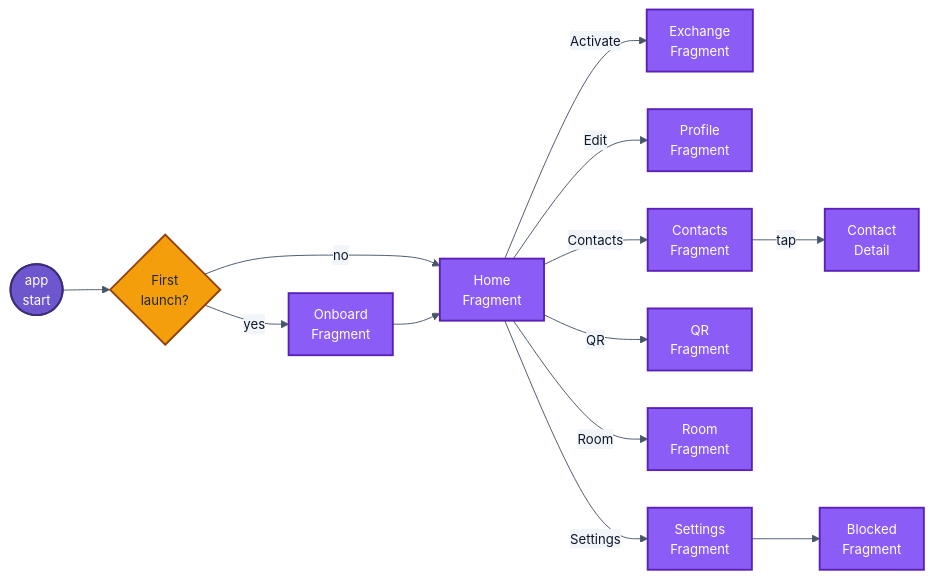
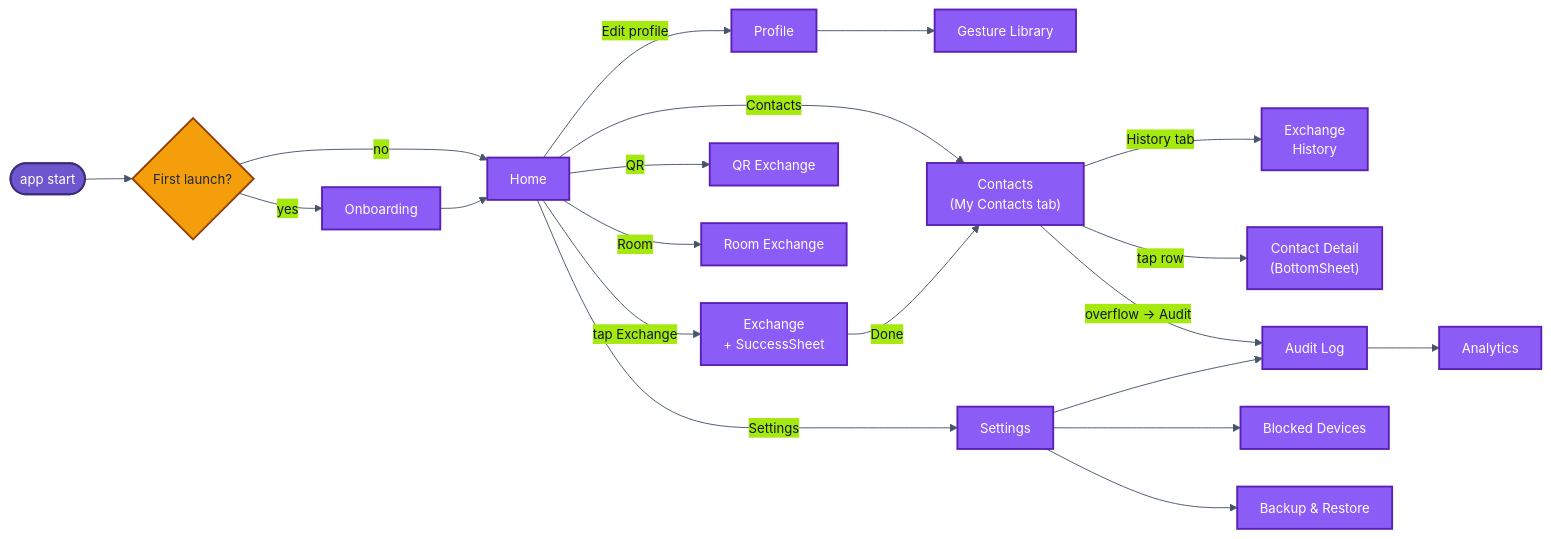
Before and after one commit to Yash-Awasthi/Aura: the fourth of 4 diagrams in docs/ARCHITECTURE.md, drawn with Mermaid. The commit also changed other lines of this file and 10 other files, not shown here.

````diff
--- a/docs/ARCHITECTURE.md
+++ b/docs/ARCHITECTURE.md
@@ -242,31 +266,37 @@
 ```mermaid
 %%{init: {'theme':'base','themeVariables':{
   'fontFamily':'ui-monospace, SFMono-Regular, Menlo, Monaco, monospace',
   'fontSize':'14px',
   'primaryColor':'#0EA5E9',
   'primaryTextColor':'#0F172A',
-  'primaryBorderColor':'#075985',
+  'primaryBorderColor':'#075585',
   'lineColor':'#475569',
-  'secondaryColor':'#F1F5F9',
-  'tertiaryColor':'#FAFAF9',
   'clusterBkg':'#F8FAFC',
   'clusterBorder':'#CBD5E1'
-},'flowchart':{'curve':'basis','nodeSpacing':40,'rankSpacing':50,'padding':12},'sequence':{'actorMargin':50,'boxMargin':10,'noteMargin':10,'messageMargin':35}}}%%
+},'flowchart':{'curve':'basis','nodeSpacing':40,'rankSpacing':50,'padding':12}}}%%
 flowchart LR
-    Splash(["app<br/>start"]):::user --> Onb{"First<br/>launch?"}:::gate
-    Onb -- "yes" --> Onboard["Onboard<br/>Fragment"]:::ui
-    Onb -- "no" --> Home["Home<br/>Fragment"]:::ui
+    Splash(["app start"]):::user --> Onb{"First launch?"}:::gate
+    Onb -- yes --> Onboard["Onboarding"]:::ui
+    Onb -- no --> Home["Home"]:::ui
     Onboard --> Home
-    Home -->|"Activate"| Exchange["Exchange<br/>Fragment"]:::ui
-    Home -->|"Edit"| Profile["Profile<br/>Fragment"]:::ui
-    Home -->|"Contacts"| Contacts["Contacts<br/>Fragment"]:::ui
-    Home -->|"QR"| QR["QR<br/>Fragment"]:::ui
-    Home -->|"Room"| Room["Room<br/>Fragment"]:::ui
-    Home -->|"Settings"| Settings["Settings<br/>Fragment"]:::ui
-    Settings --> Blocked["Blocked<br/>Fragment"]:::ui
-    Contacts -->|"tap"| Detail["Contact<br/>Detail"]:::ui
+
+    Home -->|"tap Exchange"| Exchange["Exchange\n+ SuccessSheet"]:::ui
+    Home -->|"Edit profile"| Profile["Profile"]:::ui
+    Profile --> GestLib["Gesture Library"]:::ui
+    Home -->|"Contacts"| Contacts["Contacts\n(My Contacts tab)"]:::ui
+    Contacts -->|"History tab"| History["Exchange\nHistory"]:::ui
+    Contacts -->|"tap row"| Detail["Contact Detail\n(BottomSheet)"]:::ui
+    Contacts -->|"overflow → Audit"| Audit["Audit Log"]:::ui
+    Audit --> Analytics["Analytics"]:::ui
+    Home -->|"QR"| QR["QR Exchange"]:::ui
+    Home -->|"Room"| Room["Room Exchange"]:::ui
+    Home -->|"Settings"| Settings["Settings"]:::ui
+    Settings --> Blocked["Blocked Devices"]:::ui
+    Settings --> Audit
+    Settings --> Backup["Backup & Restore"]:::ui
+    Exchange -->|"Done"| Contacts
 
     classDef user fill:#6E56CF,color:#FFFFFF,stroke:#3D2C7A,stroke-width:2px
     classDef ui fill:#8B5CF6,color:#FFFFFF,stroke:#5B21B6,stroke-width:2px
     classDef gate fill:#F59E0B,color:#1F2937,stroke:#92400E,stroke-width:2px
 ```
````
